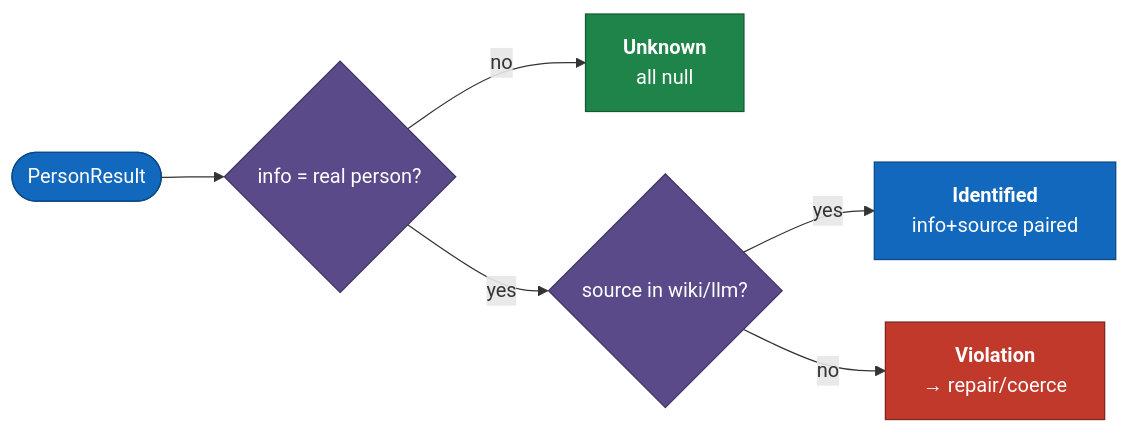
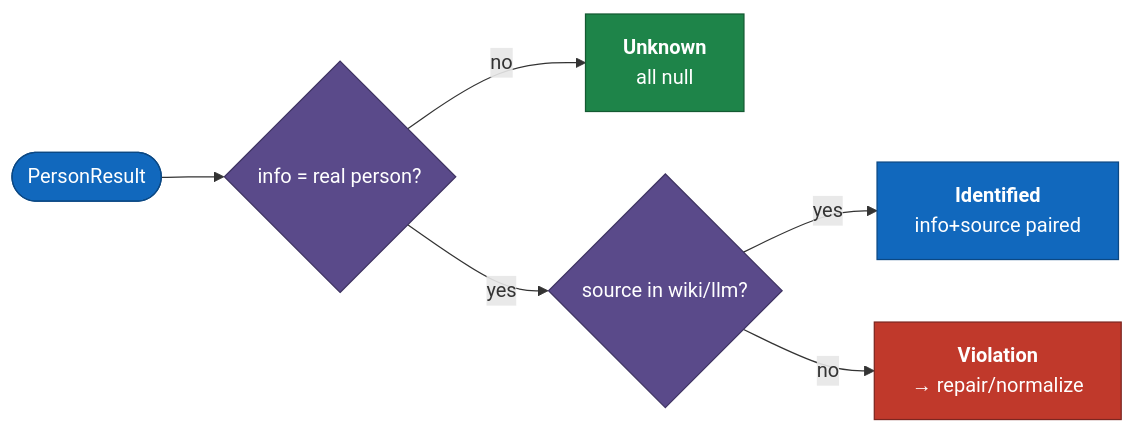
Before and after one commit to NVZver/person_finder: the first of 4 diagrams in docs/c4-4-code.md, drawn with Mermaid. The commit also changed other lines of this file and 2 other files, not shown here.

````diff
--- a/docs/c4-4-code.md
+++ b/docs/c4-4-code.md
@@ -22,17 +15,17 @@
 ```mermaid
 flowchart LR
     start([PersonResult]) --> q{info = real person?}
     q -- no --> unk["<b>Unknown</b><br/>all null"]
     q -- yes --> q2{source in wiki/llm?}
     q2 -- yes --> ok["<b>Identified</b><br/>info+source paired"]
-    q2 -- no --> bad["<b>Violation</b><br/>→ repair/coerce"]
+    q2 -- no --> bad["<b>Violation</b><br/>→ repair/normalize"]
 
     classDef neutral fill:#1168bd,stroke:#0b4884,stroke-width:1px,color:#ffffff;
     classDef good fill:#1e8449,stroke:#145a32,stroke-width:1px,color:#ffffff;
     classDef bad  fill:#c0392b,stroke:#7d2620,stroke-width:1px,color:#ffffff;
     classDef dec  fill:#5a4a8a,stroke:#3f3463,stroke-width:1px,color:#ffffff;
     class start,ok neutral;
     class unk good;
     class bad bad;
     class q,q2 dec;
 ```
````
